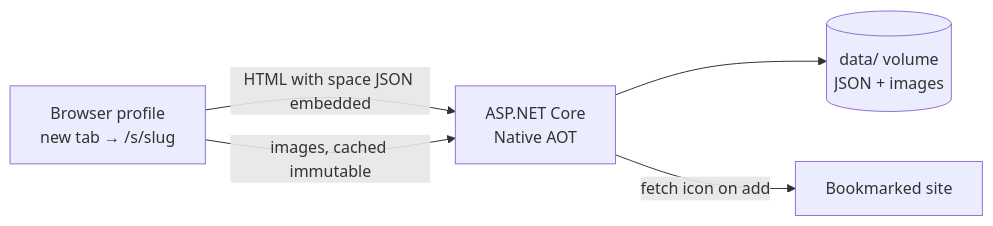
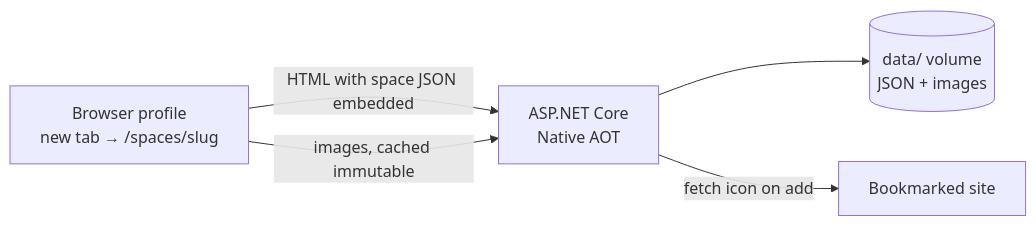
Before and after one commit to guyvdn/starbook: the second of 2 diagrams in docs/spec.md, drawn with Mermaid. The commit also changed other lines of this file and 3 other files, not shown here.

Commit message:
Spaces live at /spaces/{slug}; /s/{slug} redirects

````diff
--- a/docs/spec.md
+++ b/docs/spec.md
@@ -95,7 +95,7 @@
 ```mermaid
 flowchart LR
-    B[Browser profile<br/>new tab → /s/slug] -->|HTML with space JSON embedded| S[ASP.NET Core<br/>Native AOT]
+    B[Browser profile<br/>new tab → /spaces/slug] -->|HTML with space JSON embedded| S[ASP.NET Core<br/>Native AOT]
     B -->|images, cached immutable| S
     S --> D[(data/ volume<br/>JSON + images)]
     S -->|fetch icon on add| W[Bookmarked site]
 ```
````
